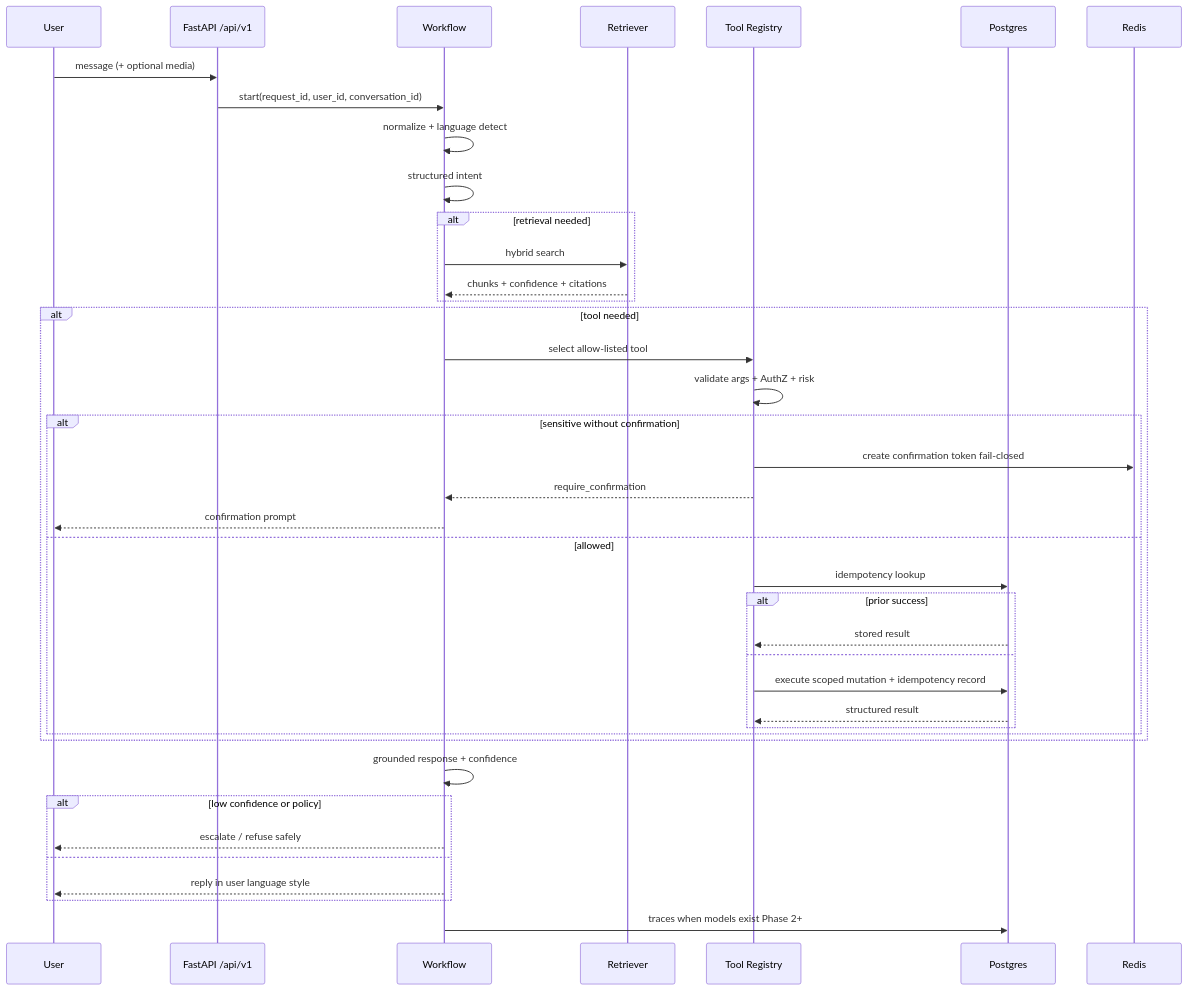
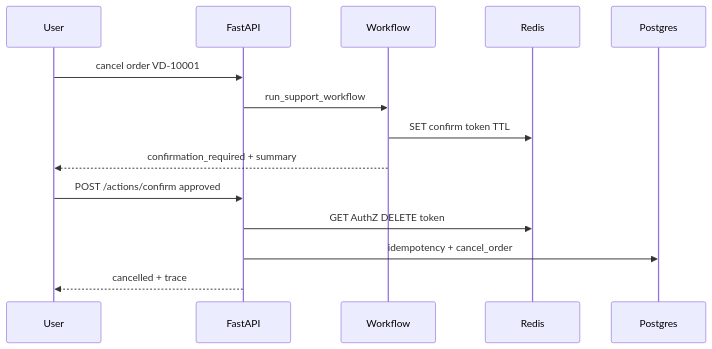
One commit to miransec/vaanidesk changed the second of 4 diagrams in docs/ARCHITECTURE.md. Above: the diagram before and after it, drawn with Mermaid. The commit also changed other lines of this file and 39 other files, not shown here.

````diff
--- a/docs/ARCHITECTURE.md
+++ b/docs/ARCHITECTURE.md
@@ -107,43 +33,16 @@
 ```mermaid
 sequenceDiagram
   participant U as User
-  participant API as FastAPI /api/v1
-  participant WF as Workflow
-  participant RAG as Retriever
-  participant TR as Tool Registry
+  participant API as FastAPI
+  participant W as Workflow
+  participant R as Redis
   participant DB as Postgres
-  participant RD as Redis
-
-  U->>API: message (+ optional media)
-  API->>WF: start(request_id, user_id, conversation_id)
-  WF->>WF: normalize + language detect
-  WF->>WF: structured intent
-  alt retrieval needed
-    WF->>RAG: hybrid search
-    RAG-->>WF: chunks + confidence + citations
-  end
-  alt tool needed
-    WF->>TR: select allow-listed tool
-    TR->>TR: validate args + AuthZ + risk
-    alt sensitive without confirmation
-      TR->>RD: create confirmation token fail-closed
-      TR-->>WF: require_confirmation
-      WF-->>U: confirmation prompt
-    else allowed
-      TR->>DB: idempotency lookup
-      alt prior success
-        DB-->>TR: stored result
-      else
-        TR->>DB: execute scoped mutation + idempotency record
-        DB-->>TR: structured result
-      end
-    end
-  end
-  WF->>WF: grounded response + confidence
-  alt low confidence or policy
-    WF-->>U: escalate / refuse safely
-  else
-    WF-->>U: reply in user language style
-  end
-  WF->>DB: traces when models exist Phase 2+
+  U->>API: cancel order VD-10001
+  API->>W: run_support_workflow
+  W->>R: SET confirm token TTL
+  W-->>U: confirmation_required + summary
+  U->>API: POST /actions/confirm approved
+  API->>R: GET AuthZ DELETE token
+  API->>DB: idempotency + cancel_order
+  API-->>U: cancelled + trace
 ```
````
